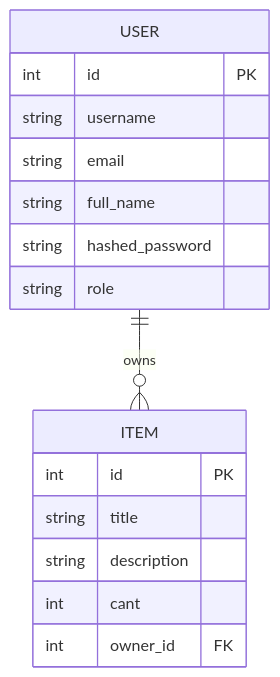
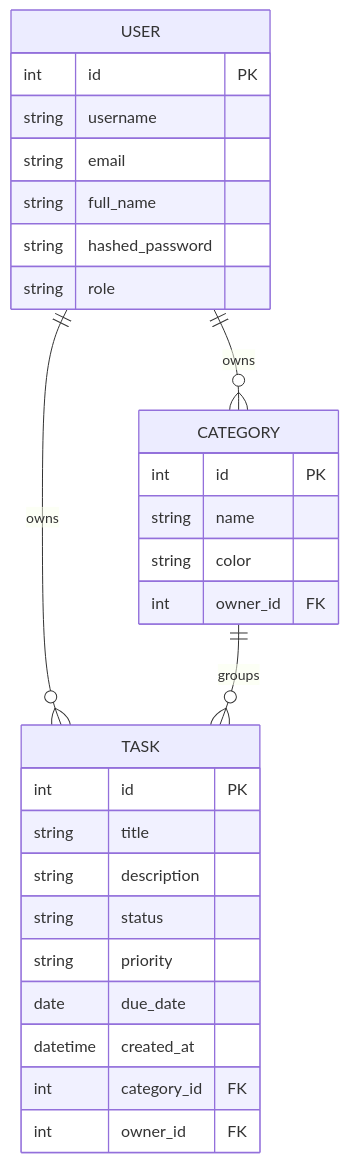
One commit to Mat-Indaco/fast-API changed the diagram in README.md. Above: the diagram before and after it, drawn with Mermaid. The commit also changed other lines of this file and 31 other files, not shown here.

````diff
--- a/README.md
+++ b/README.md
@@ -229,22 +296,35 @@
 ```mermaid
 erDiagram
 
     USER {
         int id PK
         string username
         string email
         string full_name
         string hashed_password
         string role
     }
 
-    ITEM {
+    CATEGORY {
+        int id PK
+        string name
+        string color
+        int owner_id FK
+    }
+
+    TASK {
         int id PK
         string title
         string description
-        int cant
+        string status
+        string priority
+        date due_date
+        datetime created_at
+        int category_id FK
         int owner_id FK
     }
 
-    USER ||--o{ ITEM : owns
+    USER ||--o{ CATEGORY : owns
+    USER ||--o{ TASK : owns
+    CATEGORY ||--o{ TASK : groups
 ```
````
